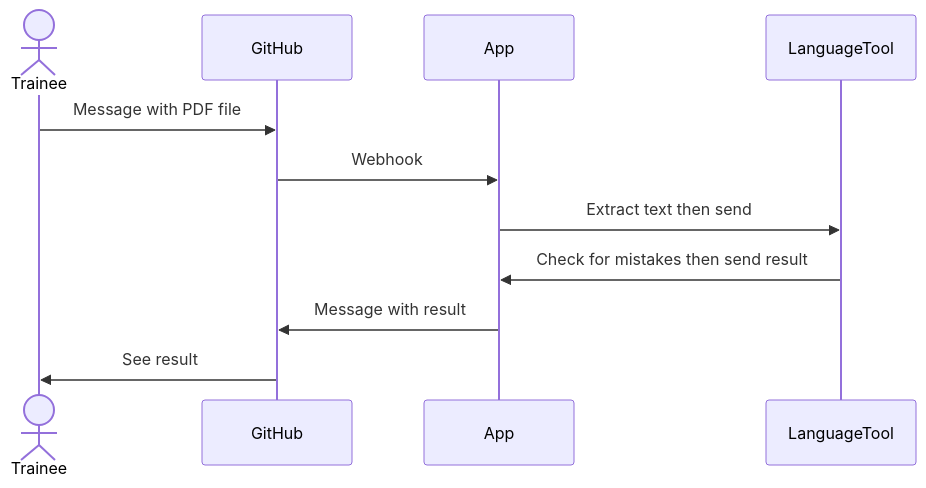
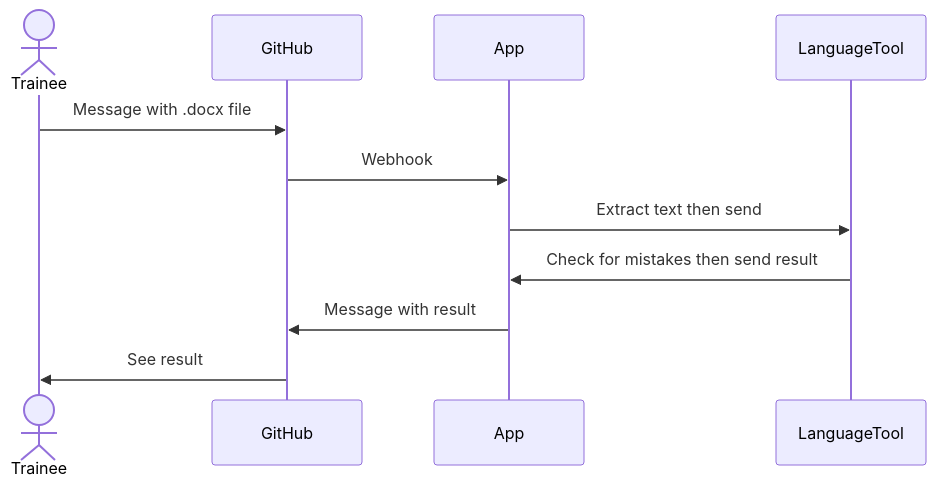
Before and after one commit to CodeYourFuture/pd-grammar-bot: the diagram in README.md, drawn with Mermaid. The commit also changed other lines of this file and 3 other files, not shown here.

Commit message:
change PDF words to .docx

````diff
--- a/README.md
+++ b/README.md
@@ -17,13 +17,13 @@
 ```mermaid
 sequenceDiagram
   actor Trainee
   participant GitHub
   participant App
   participant LanguageTool
-  Trainee->>GitHub: Message with PDF file
+  Trainee->>GitHub: Message with .docx file
   GitHub->>App: Webhook
   App->>LanguageTool: Extract text then send
   LanguageTool->>App: Check for mistakes then send result
   App->>GitHub: Message with result
   GitHub->>Trainee: See result
 ```
````
